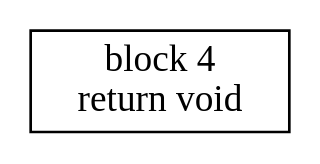
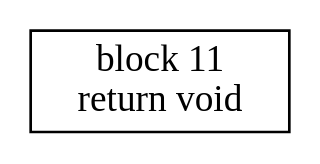
Before and after one commit to FGiuliari/elaborato-kitten: the diagram in testcases/String.output()void.dot, drawn with Graphviz. The commit also changed 28 other files, not shown here.

```diff
--- a/testcases/String.output()void.dot
+++ b/testcases/String.output()void.dot
@@ -1,4 +1,4 @@
 digraph "String.output()void" {
 size = "11,7.5";
-codeblock_4 [ shape = box, label = "block 4\nreturn void"];
+codeblock_11 [ shape = box, label = "block 11\nreturn void"];
 }
```
